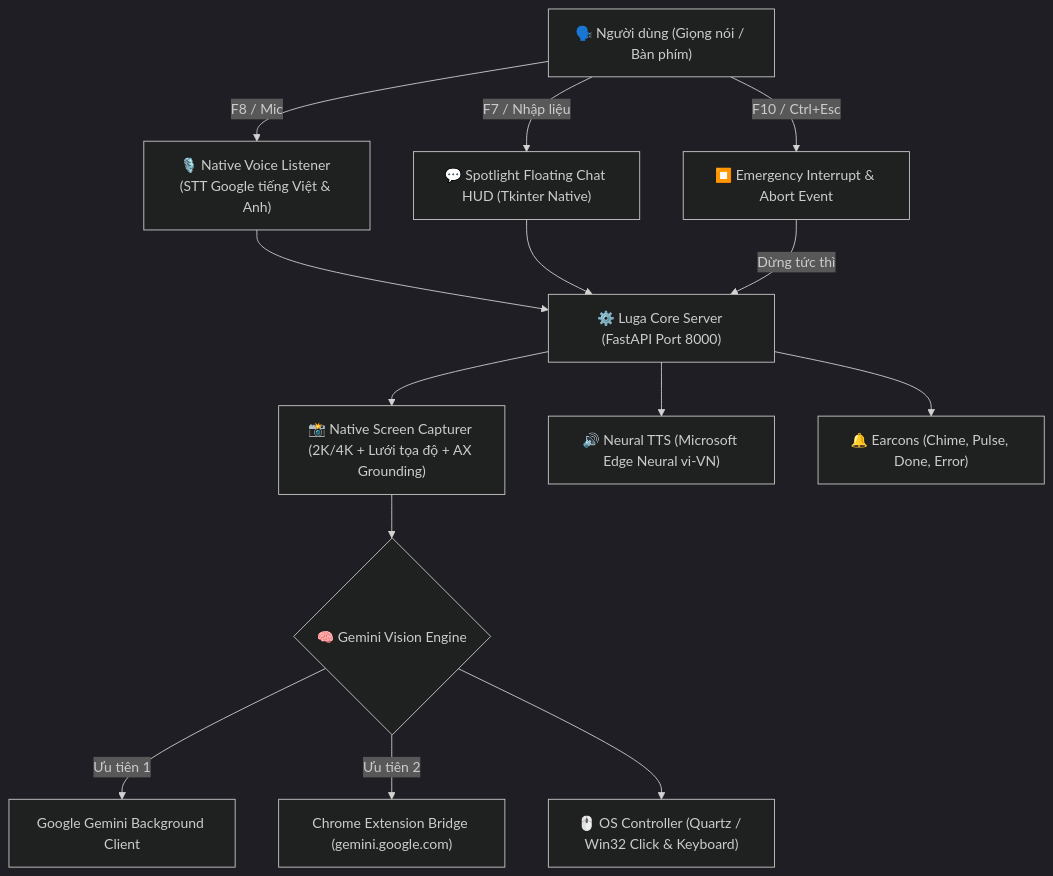
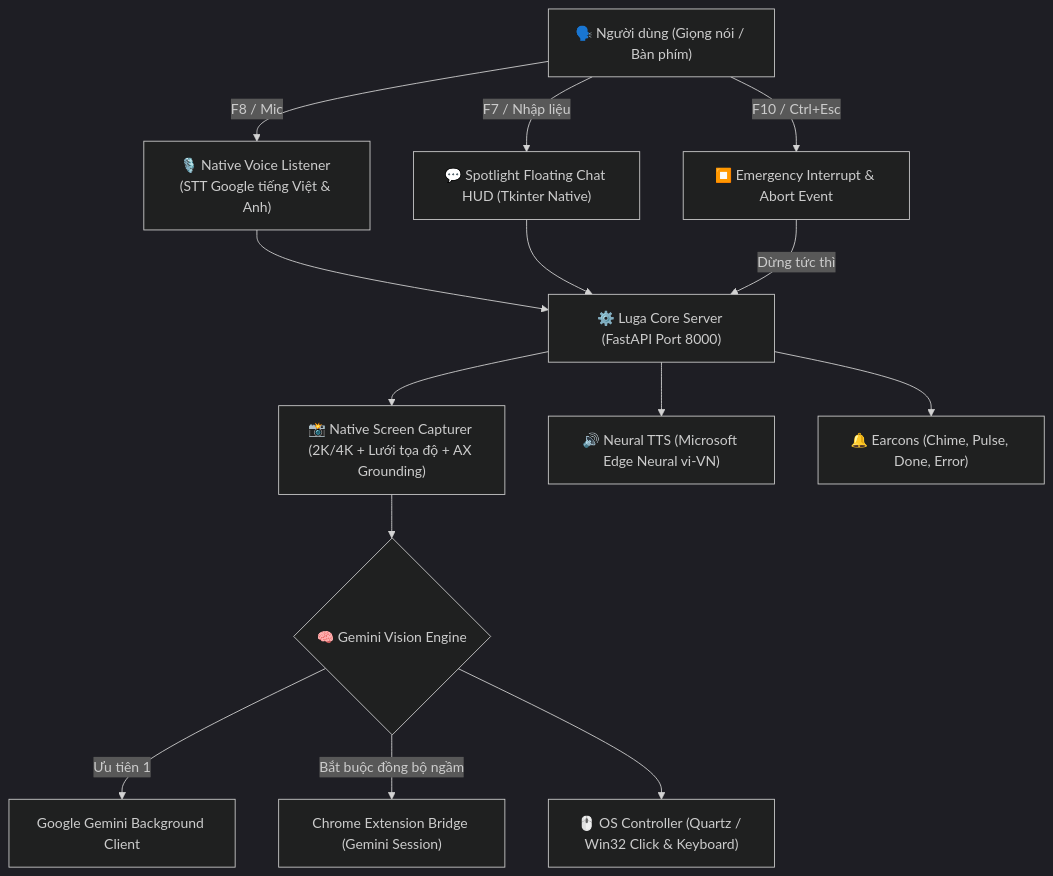
Before and after one commit to oceanondawave/luga-assist: the diagram in README.md, drawn with Mermaid (dark theme). The commit also changed other lines of this file and 2 other files, not shown here.

Commit message:
docs: emphasize mandatory browser extension requirement and update release packaging

````diff
--- a/README.md
+++ b/README.md
@@ -40,20 +49,20 @@
 ```mermaid
 graph TD
     User["🗣️ Người dùng (Giọng nói / Bàn phím)"] -->|F8 / Mic| NativeVoice["🎙️ Native Voice Listener (STT Google tiếng Việt & Anh)"]
     User -->|F7 / Nhập liệu| Spotlight["💬 Spotlight Floating Chat HUD (Tkinter Native)"]
     User -->|F10 / Ctrl+Esc| EmergencyStop["⏹️ Emergency Interrupt & Abort Event"]
 
     NativeVoice --> Hub["⚙️ Luga Core Server (FastAPI Port 8000)"]
     Spotlight --> Hub
     EmergencyStop -->|Dừng tức thì| Hub
 
     Hub --> ScreenCap["📸 Native Screen Capturer (2K/4K + Lưới tọa độ + AX Grounding)"]
     ScreenCap --> GeminiEngine{"🧠 Gemini Vision Engine"}
 
     GeminiEngine -->|Ưu tiên 1| BgSession["Google Gemini Background Client"]
-    GeminiEngine -->|Ưu tiên 2| ExtBridge["Chrome Extension Bridge (gemini.google.com)"]
+    GeminiEngine -->|Bắt buộc đồng bộ ngầm| ExtBridge["Chrome Extension Bridge (Gemini Session)"]
 
     GeminiEngine --> OSControl["🖱️ OS Controller (Quartz / Win32 Click & Keyboard)"]
     Hub --> TTS["🔊 Neural TTS (Microsoft Edge Neural vi-VN)"]
     Hub --> Sounds["🔔 Earcons (Chime, Pulse, Done, Error)"]
 ```
````
